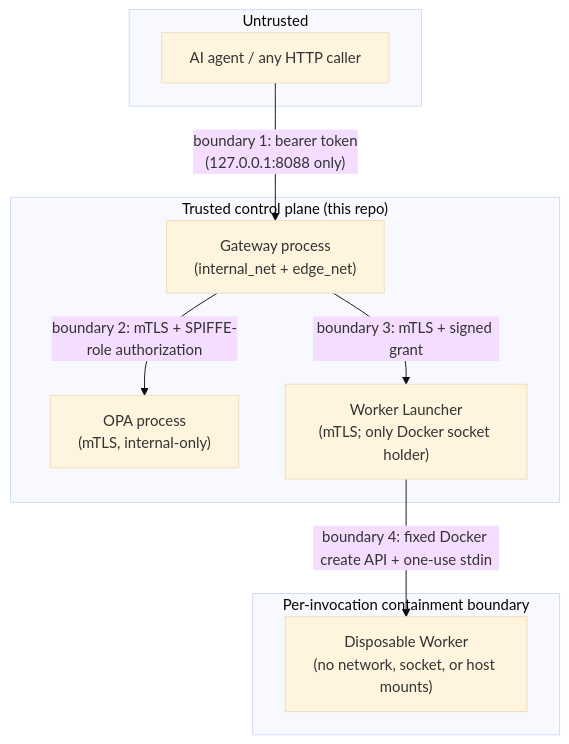
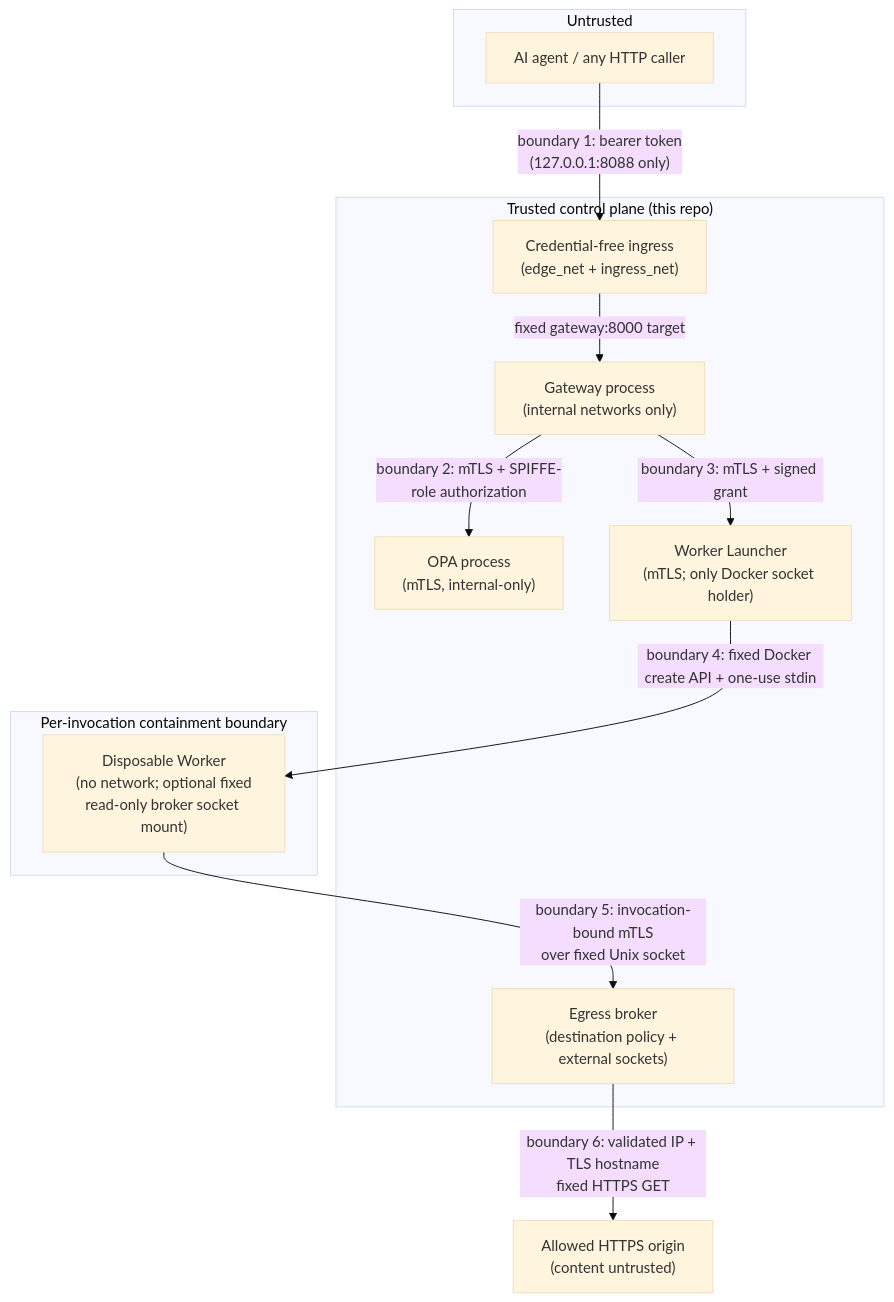
One commit to jspillers10/secure-agent-gateway changed the diagram in docs/threat-model.md. Above: the diagram before and after it, drawn with Mermaid (base theme). The commit also changed other lines of this file and 51 other files, not shown here.

Commit message:
feat: enforce controlled worker egress

````diff
--- a/docs/threat-model.md
+++ b/docs/threat-model.md
@@ -15,21 +16,26 @@
 ```mermaid
 flowchart TB
     subgraph Untrusted["Untrusted"]
         Agent["AI agent / any HTTP caller"]
     end
 
     subgraph Trusted["Trusted control plane (this repo)"]
-        Gateway["Gateway process<br/>(internal_net + edge_net)"]
+        Ingress["Credential-free ingress<br/>(edge_net + ingress_net)"]
+        Gateway["Gateway process<br/>(internal networks only)"]
         OPA["OPA process<br/>(mTLS, internal-only)"]
         Launcher["Worker Launcher<br/>(mTLS; only Docker socket holder)"]
+        Broker["Egress broker<br/>(destination policy + external sockets)"]
     end
 
     subgraph Contained["Per-invocation containment boundary"]
-        Worker["Disposable Worker<br/>(no network, socket, or host mounts)"]
+        Worker["Disposable Worker<br/>(no network; optional fixed<br/>read-only broker socket mount)"]
     end
 
-    Agent -- "boundary 1: bearer token<br/>(127.0.0.1:8088 only)" --> Gateway
+    Agent -- "boundary 1: bearer token<br/>(127.0.0.1:8088 only)" --> Ingress
+    Ingress -- "fixed gateway:8000 target" --> Gateway
     Gateway -- "boundary 2: mTLS + SPIFFE-role authorization" --> OPA
     Gateway -- "boundary 3: mTLS + signed grant" --> Launcher
     Launcher -- "boundary 4: fixed Docker create API + one-use stdin" --> Worker
+    Worker -- "boundary 5: invocation-bound mTLS<br/>over fixed Unix socket" --> Broker
+    Broker -- "boundary 6: validated IP + TLS hostname<br/>fixed HTTPS GET" --> External["Allowed HTTPS origin<br/>(content untrusted)"]
 ```
````
